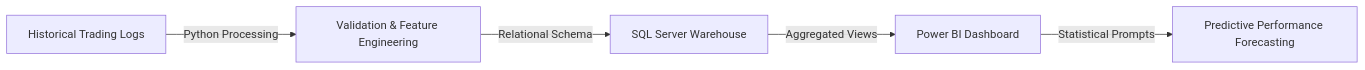
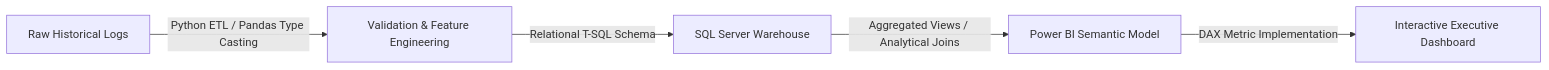
One commit to Jzeus222/TradingHistoryDataAnalyticsPortfolio changed the diagram in README.md. Above: the diagram before and after it, drawn with Mermaid. The commit also changed other lines of this file, not shown here.

First line of the commit message:
Revise README for project overview and architecture

````diff
--- a/README.md
+++ b/README.md
@@ -25,7 +28,7 @@
 ```mermaid
 graph LR
-    A[Historical Trading Logs] -->|Python Processing| B[Validation & Feature Engineering]
-    B -->|Relational Schema| C[SQL Server Warehouse]
-    C -->|Aggregated Views| D[Power BI Dashboard]
-    D -->|Statistical Prompts| E[Predictive Performance Forecasting]
+    A[Raw Historical Logs] -->|Python ETL / Pandas Type Casting| B[Validation & Feature Engineering]
+    B -->|Relational T-SQL Schema| C[SQL Server Warehouse]
+    C -->|Aggregated Views / Analytical Joins| D[Power BI Semantic Model]
+    D -->|DAX Metric Implementation| E[Interactive Executive Dashboard]
 ```
````
